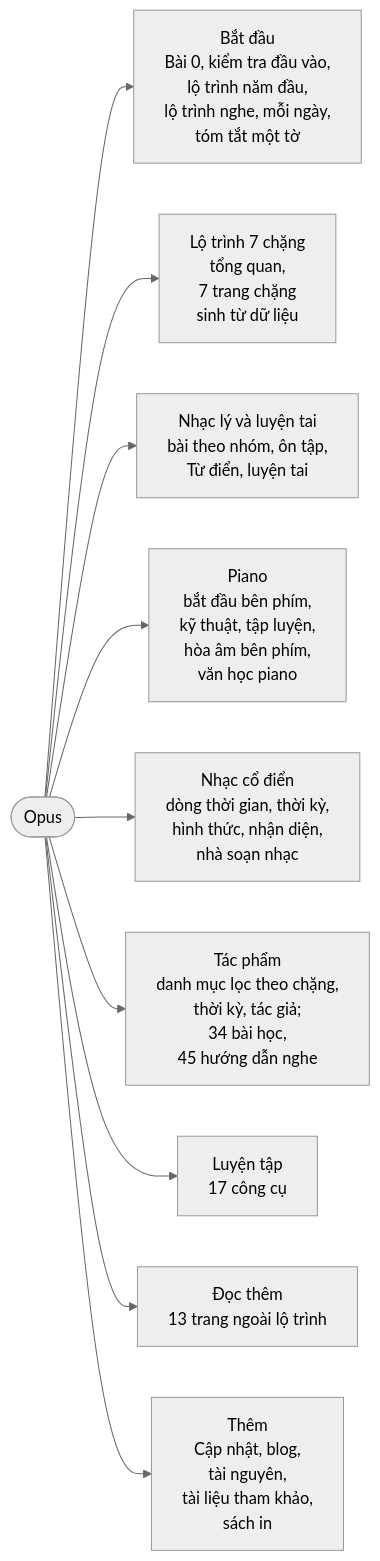
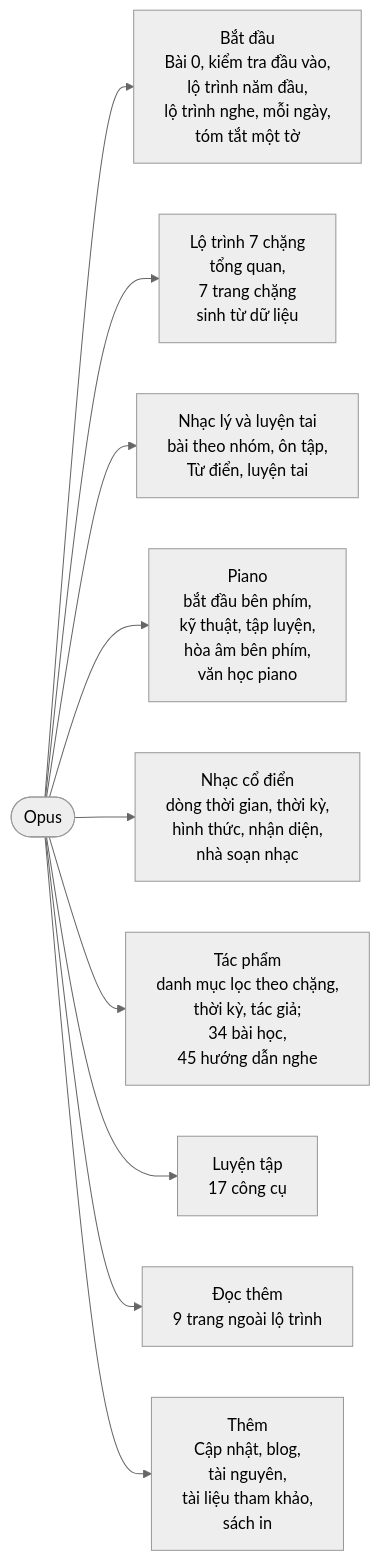
Before and after one commit to mtuann/opus: the fifth of 6 diagrams in plans/lam-lai/so-do.md, drawn with Mermaid (neutral theme). The commit also changed other lines of this file and 10 other files, not shown here.

````diff
--- a/plans/lam-lai/so-do.md
+++ b/plans/lam-lai/so-do.md
@@ -67,12 +67,12 @@
 ```mermaid
 flowchart LR
   OZ(["Opus"]) --> M1["Bắt đầu<br/>Bài 0, kiểm tra đầu vào,<br/>lộ trình năm đầu,<br/>lộ trình nghe, mỗi ngày,<br/>tóm tắt một tờ"]
   OZ --> M2["Lộ trình 7 chặng<br/>tổng quan,<br/>7 trang chặng<br/>sinh từ dữ liệu"]
   OZ --> M3["Nhạc lý và luyện tai<br/>bài theo nhóm, ôn tập,<br/>Từ điển, luyện tai"]
   OZ --> M4["Piano<br/>bắt đầu bên phím,<br/>kỹ thuật, tập luyện,<br/>hòa âm bên phím,<br/>văn học piano"]
   OZ --> M5["Nhạc cổ điển<br/>dòng thời gian, thời kỳ,<br/>hình thức, nhận diện,<br/>nhà soạn nhạc"]
   OZ --> M6["Tác phẩm<br/>danh mục lọc theo chặng,<br/>thời kỳ, tác giả;<br/>34 bài học,<br/>45 hướng dẫn nghe"]
   OZ --> M7["Luyện tập<br/>17 công cụ"]
-  OZ --> M8["Đọc thêm<br/>13 trang ngoài lộ trình"]
+  OZ --> M8["Đọc thêm<br/>9 trang ngoài lộ trình"]
   OZ --> M9["Thêm<br/>Cập nhật, blog,<br/>tài nguyên,<br/>tài liệu tham khảo,<br/>sách in"]
 ```
````
